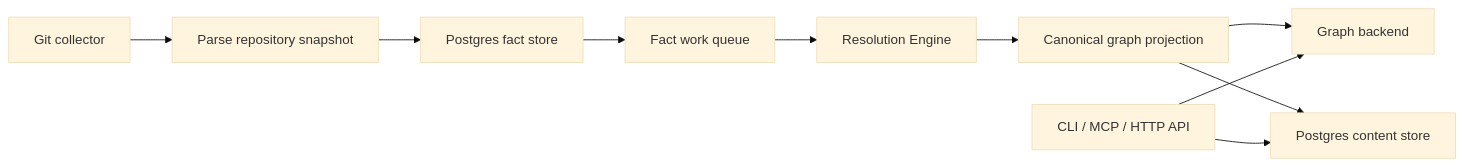
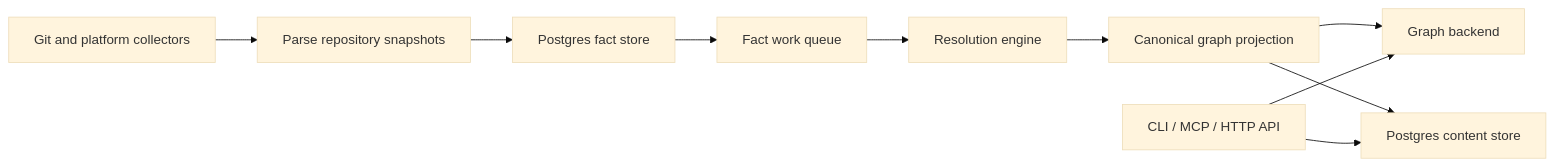
One commit to eshu-hq/eshu changed the diagram in README.md. Above: the diagram before and after it, drawn with Mermaid (base theme). The commit also changed other lines of this file and 584 other files, not shown here.

Commit message:
Rework documentation information architecture

````diff
--- a/README.md
+++ b/README.md
@@ -171,12 +89,12 @@
 ```mermaid
 flowchart LR
-  A["Git collector"] --> B["Parse repository snapshot"]
+  A["Git and platform collectors"] --> B["Parse repository snapshots"]
   B --> C["Postgres fact store"]
   C --> D["Fact work queue"]
-  D --> E["Resolution Engine"]
+  D --> E["Resolution engine"]
   E --> F["Canonical graph projection"]
   F --> G["Graph backend"]
   F --> H["Postgres content store"]
   I["CLI / MCP / HTTP API"] --> G
   I --> H
 ```
````
